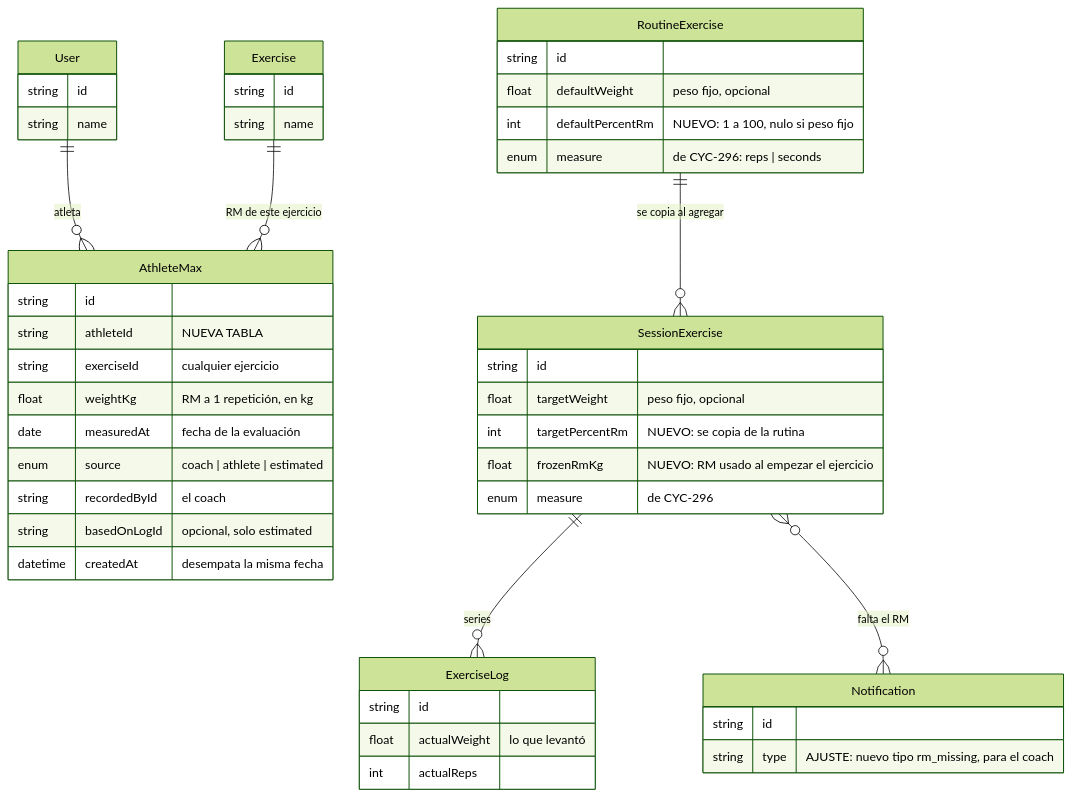
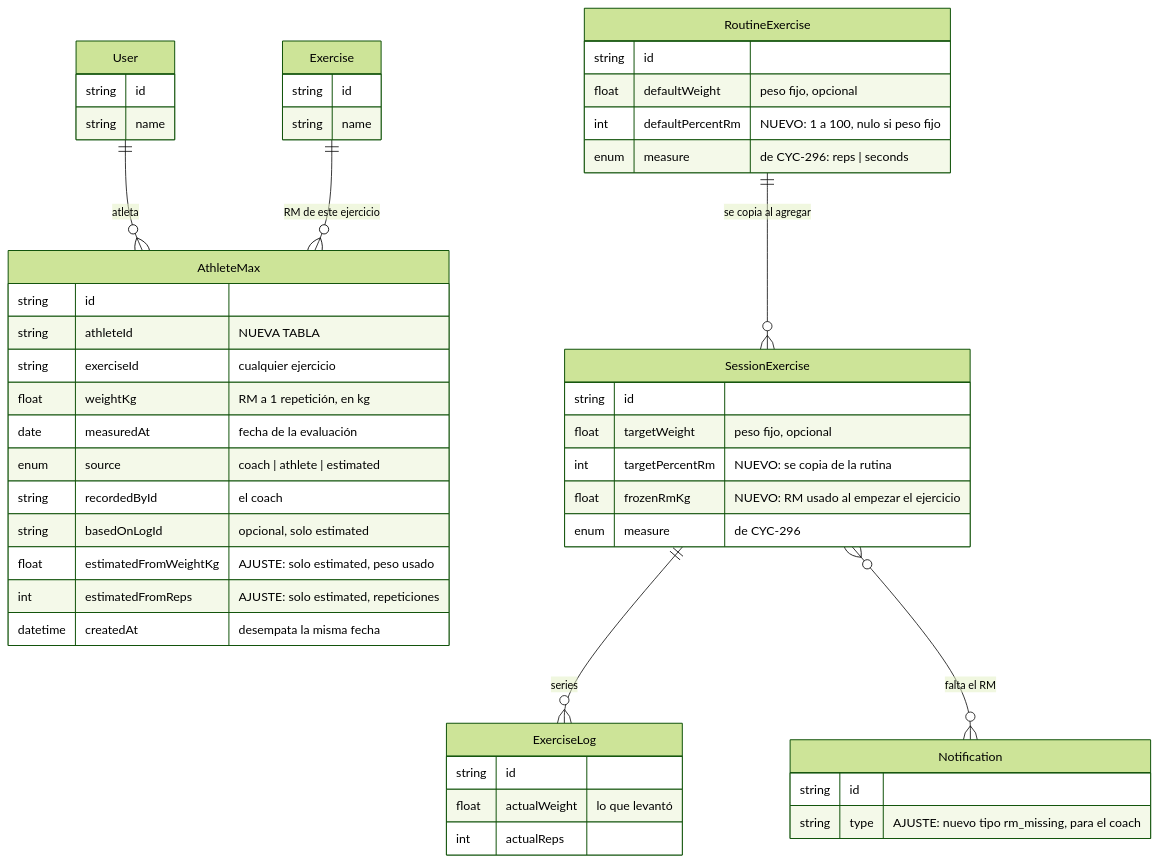
The first of 2 diagrams in docs/diseno/rm-porcentaje/README.md (mariapazGomez/cycles), drawn with Mermaid (forest theme) before and after one commit. The commit also changed other lines of this file and 16 other files, not shown here.

````diff
--- a/docs/diseno/rm-porcentaje/README.md
+++ b/docs/diseno/rm-porcentaje/README.md
@@ -67,49 +90,51 @@
 ```mermaid
 erDiagram
     User {
         string id
         string name
     }
     Exercise {
         string id
         string name
     }
     AthleteMax {
         string id
         string athleteId "NUEVA TABLA"
         string exerciseId "cualquier ejercicio"
         float weightKg "RM a 1 repetición, en kg"
         date measuredAt "fecha de la evaluación"
         enum source "coach | athlete | estimated"
         string recordedById "el coach"
         string basedOnLogId "opcional, solo estimated"
+        float estimatedFromWeightKg "AJUSTE: solo estimated, peso usado"
+        int estimatedFromReps "AJUSTE: solo estimated, repeticiones"
         datetime createdAt "desempata la misma fecha"
     }
     RoutineExercise {
         string id
         float defaultWeight "peso fijo, opcional"
         int defaultPercentRm "NUEVO: 1 a 100, nulo si peso fijo"
         enum measure "de CYC-296: reps | seconds"
     }
     SessionExercise {
         string id
         float targetWeight "peso fijo, opcional"
         int targetPercentRm "NUEVO: se copia de la rutina"
         float frozenRmKg "NUEVO: RM usado al empezar el ejercicio"
         enum measure "de CYC-296"
     }
     ExerciseLog {
         string id
         float actualWeight "lo que levantó"
         int actualReps
     }
     Notification {
         string id
         string type "AJUSTE: nuevo tipo rm_missing, para el coach"
     }
     User ||--o{ AthleteMax : "atleta"
     Exercise ||--o{ AthleteMax : "RM de este ejercicio"
     RoutineExercise ||--o{ SessionExercise : "se copia al agregar"
     SessionExercise ||--o{ ExerciseLog : "series"
     SessionExercise }o--o{ Notification : "falta el RM"
 ```
````
